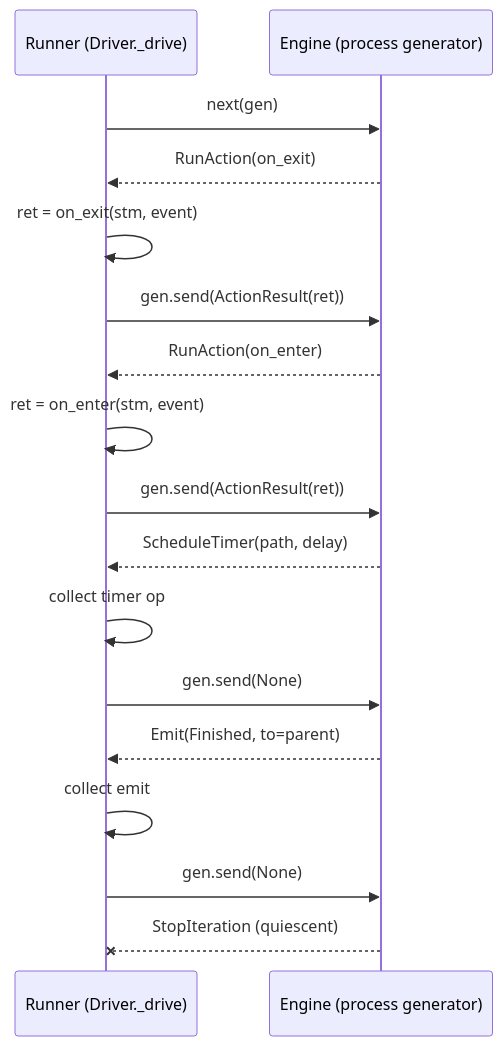
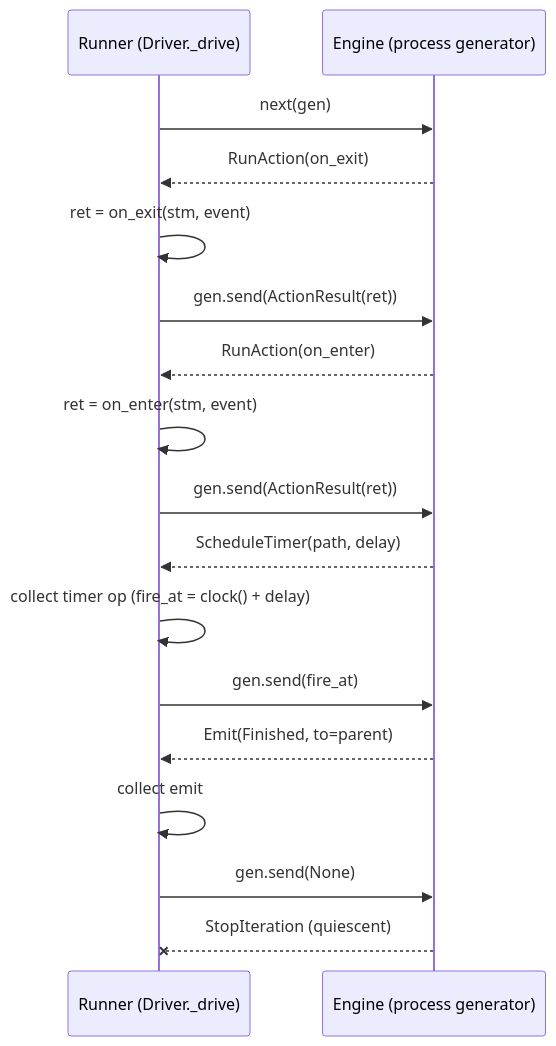
Before and after one commit to acasadom/harel: the second of 6 diagrams in docs/guide/architecture.md, drawn with Mermaid. The commit also changed other lines of this file and 22 other files, not shown here.

````diff
--- a/docs/guide/architecture.md
+++ b/docs/guide/architecture.md
@@ -109,19 +112,19 @@
 ```{mermaid}
 sequenceDiagram
   participant R as Runner (Driver._drive)
   participant E as Engine (process generator)
   R->>E: next(gen)
   E-->>R: RunAction(on_exit)
   R->>R: ret = on_exit(stm, event)
   R->>E: gen.send(ActionResult(ret))
   E-->>R: RunAction(on_enter)
   R->>R: ret = on_enter(stm, event)
   R->>E: gen.send(ActionResult(ret))
   E-->>R: ScheduleTimer(path, delay)
-  R->>R: collect timer op
-  R->>E: gen.send(None)
+  R->>R: collect timer op (fire_at = clock() + delay)
+  R->>E: gen.send(fire_at)
   E-->>R: Emit(Finished, to=parent)
   R->>R: collect emit
   R->>E: gen.send(None)
   E--xR: StopIteration (quiescent)
 ```
````
